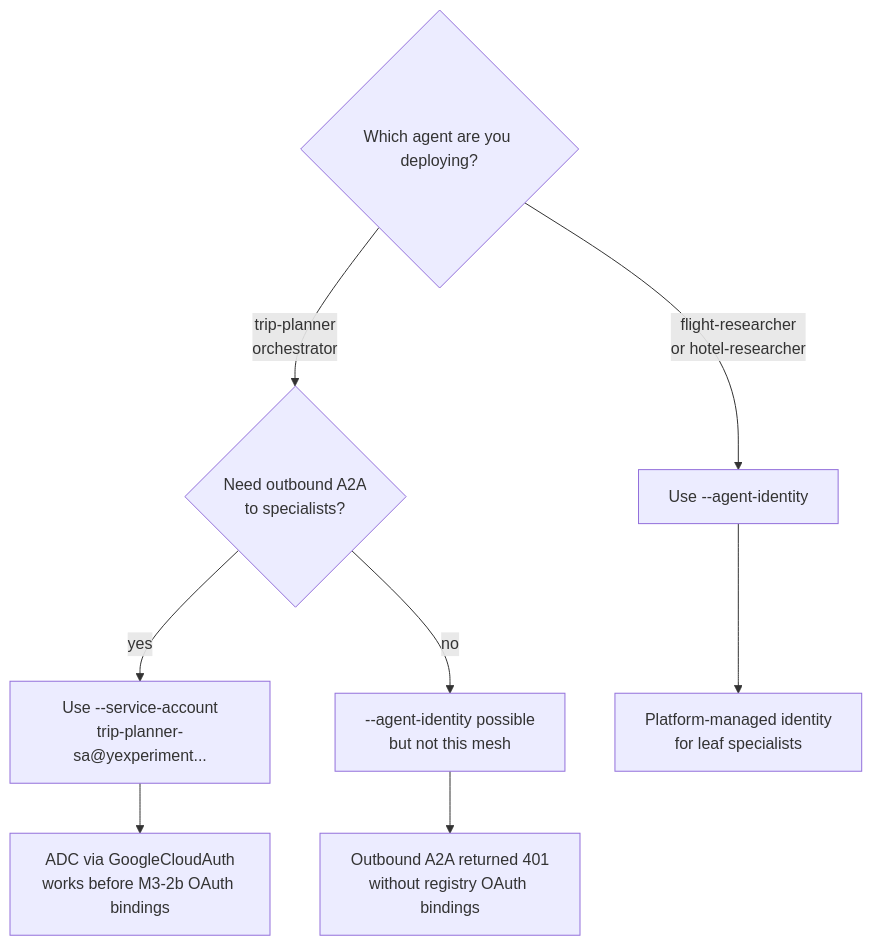
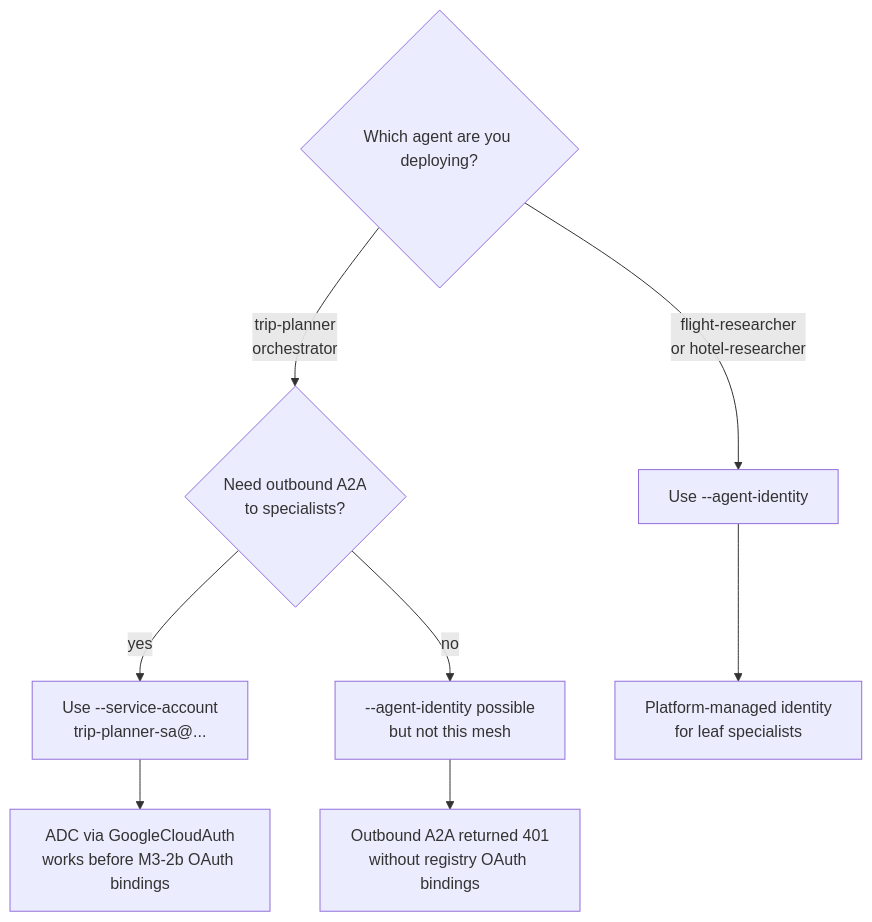
The fourth of 7 diagrams in docs/guides/02-iam-deploy.md (yu-iskw/agent-cli-demo), drawn with Mermaid before and after one commit. The commit also changed other lines of this file and 43 other files, not shown here.

First line of the commit message:
refactor(mesh): make GCP project config portable and add lifecycle scripts

````diff
--- a/docs/guides/02-iam-deploy.md
+++ b/docs/guides/02-iam-deploy.md
@@ -121,12 +121,12 @@
 ```mermaid
 flowchart TD
   Q{"Which agent are you deploying?"}
   Q -->|flight-researcher<br/>or hotel-researcher| Leaf["Use --agent-identity"]
   Q -->|trip-planner<br/>orchestrator| Orch{"Need outbound A2A<br/>to specialists?"}
-  Orch -->|yes| SA["Use --service-account<br/>trip-planner-sa@yexperiment..."]
+  Orch -->|yes| SA["Use --service-account<br/>trip-planner-sa@<your-gcp-project>..."]
   Orch -->|no| AI2["--agent-identity possible<br/>but not this mesh"]
 
   Leaf --> WhyLeaf["Platform-managed identity<br/>for leaf specialists"]
   SA --> WhySA["ADC via GoogleCloudAuth<br/>works before M3-2b OAuth bindings"]
   AI2 --> Block["Outbound A2A returned 401<br/>without registry OAuth bindings"]
 ```
````
